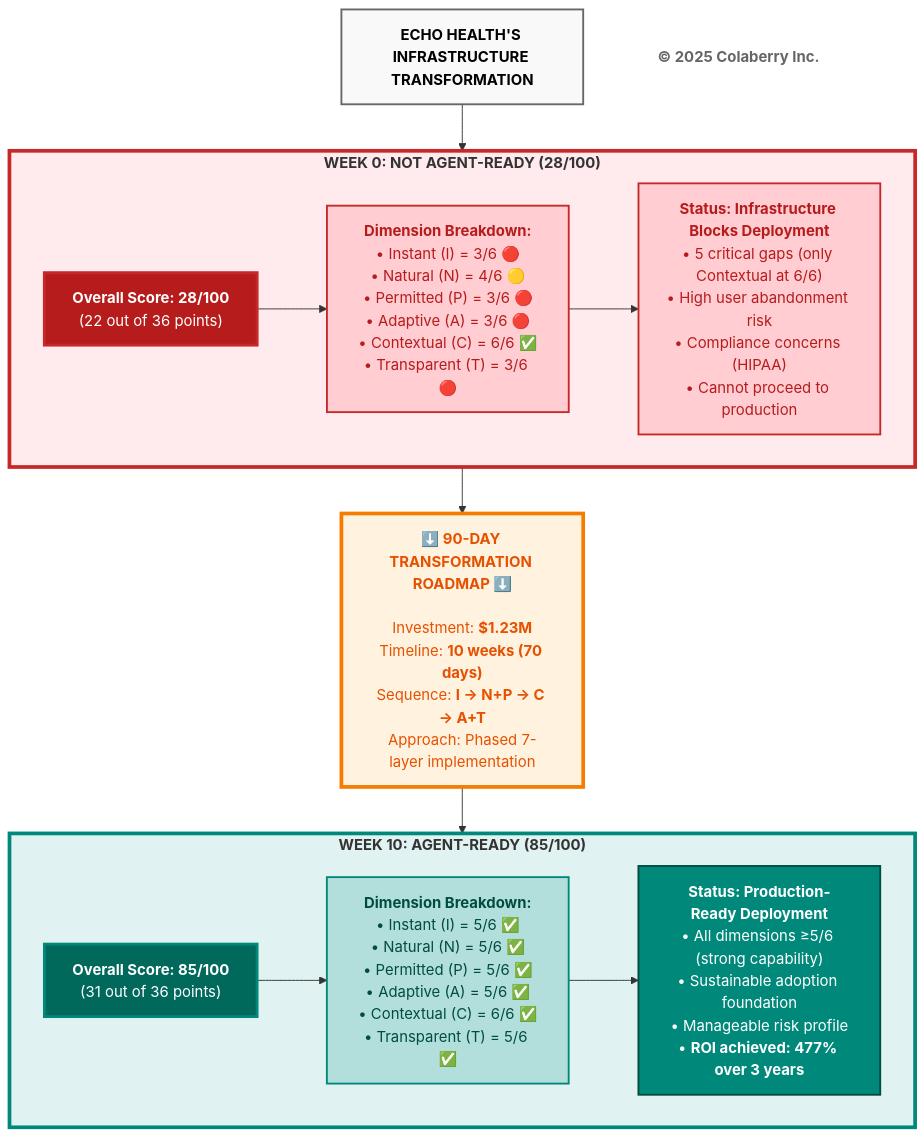
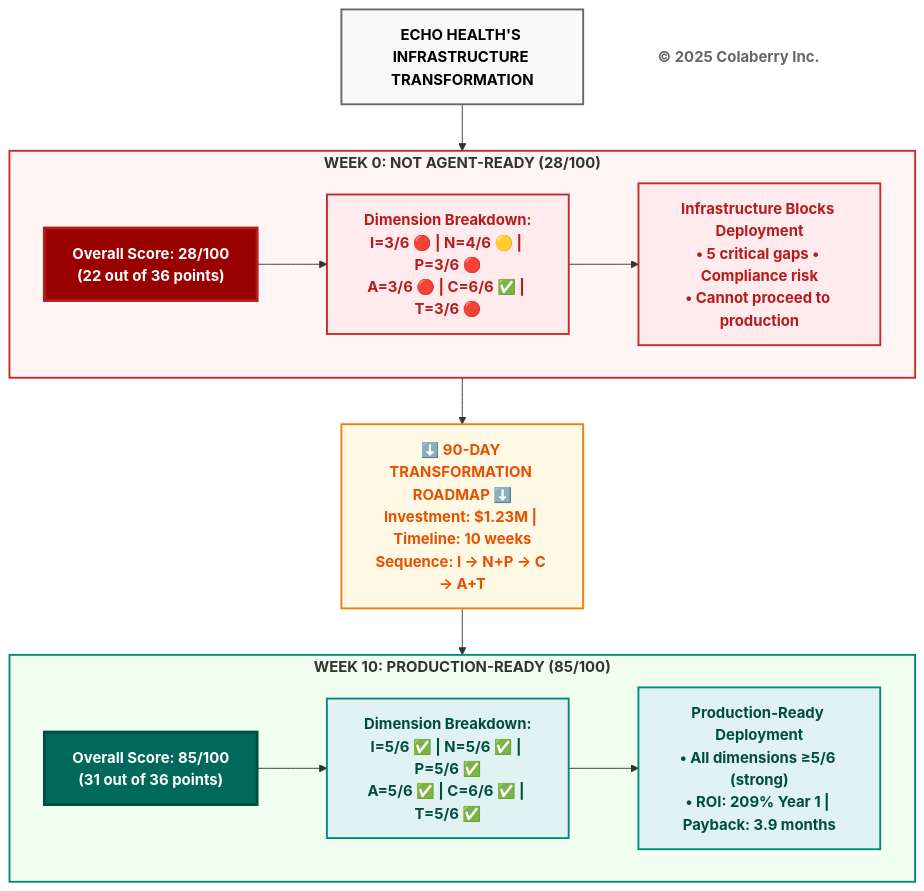
The third of 9 diagrams in manuscript/chapter_2_inpact_framework_v2_1.md (saitejesh-cyber/trust-before-intelligence-book), drawn with Mermaid before and after one commit. The commit also changed other lines of this file, not shown here.

Commit message:
updated diagrams
updated diagrams

````diff
--- a/manuscript/chapter_2_inpact_framework_v2_1.md
+++ b/manuscript/chapter_2_inpact_framework_v2_1.md
@@ -214,49 +207,50 @@
 ```mermaid
 graph TB
     TITLE["<b>ECHO HEALTH'S INFRASTRUCTURE TRANSFORMATION</b>"]
     
     TITLE --> BEFORE
     
     subgraph BEFORE["<b>WEEK 0: NOT AGENT-READY (28/100)</b>"]
-        B_SCORE["<b>Overall Score: 28/100</b><br/>(22 out of 36 points)"]
+        B_SCORE["<b>Overall Score: 28/100</b><br/><b>(22 out of 36 points)</b>"]
         
-        B_DIMS["<b>Dimension Breakdown:</b><br/>• Instant (I) = 3/6 🔴<br/>• Natural (N) = 4/6 🟡<br/>• Permitted (P) = 3/6 🔴<br/>• Adaptive (A) = 3/6 🔴<br/>• Contextual (C) = 6/6 ✅<br/>• Transparent (T) = 3/6 🔴"]
+        B_DIMS["<b>Dimension Breakdown:</b><br/><b>I=3/6 🔴 | N=4/6 🟡 | P=3/6 🔴</b><br/><b>A=3/6 🔴 | C=6/6 ✅ | T=3/6 🔴</b>"]
         
-        B_STATUS["<b>Status: Infrastructure Blocks Deployment</b><br/>• 5 critical gaps (only Contextual at 6/6)<br/>• High user abandonment risk<br/>• Compliance concerns (HIPAA)<br/>• Cannot proceed to production"]
+        B_STATUS["<b>Infrastructure Blocks Deployment</b><br/><b>• 5 critical gaps • Compliance risk</b><br/><b>• Cannot proceed to production</b>"]
         
         B_SCORE --> B_DIMS
         B_DIMS --> B_STATUS
     end
     
-    BEFORE --> TRANSFORM["<b>⬇️ 90-DAY TRANSFORMATION ROADMAP ⬇️</b><br/><br/>Investment: <b>$1.23M</b><br/>Timeline: <b>10 weeks (70 days)</b><br/>Sequence: <b>I → N+P → C → A+T</b><br/>Approach: Phased 7-layer implementation"]
+    BEFORE --> TRANSFORM["<b>⬇️ 90-DAY TRANSFORMATION ROADMAP ⬇️</b><br/><b>Investment: $1.23M | Timeline: 10 weeks</b><br/><b>Sequence: I → N+P → C → A+T</b>"]
     
     TRANSFORM --> AFTER
     
-    subgraph AFTER["<b>WEEK 10: AGENT-READY (85/100)</b>"]
-        A_SCORE["<b>Overall Score: 85/100</b><br/>(31 out of 36 points)"]
+    subgraph AFTER["<b>WEEK 10: PRODUCTION-READY (85/100)</b>"]
+        A_SCORE["<b>Overall Score: 85/100</b><br/><b>(31 out of 36 points)</b>"]
         
-        A_DIMS["<b>Dimension Breakdown:</b><br/>• Instant (I) = 5/6 ✅<br/>• Natural (N) = 5/6 ✅<br/>• Permitted (P) = 5/6 ✅<br/>• Adaptive (A) = 5/6 ✅<br/>• Contextual (C) = 6/6 ✅<br/>• Transparent (T) = 5/6 ✅"]
+        A_DIMS["<b>Dimension Breakdown:</b><br/><b>I=5/6 ✅ | N=5/6 ✅ | P=5/6 ✅</b><br/><b>A=5/6 ✅ | C=6/6 ✅ | T=5/6 ✅</b>"]
         
-        A_STATUS["<b>Status: Production-Ready Deployment</b><br/>• All dimensions ≥5/6 (strong capability)<br/>• Sustainable adoption foundation<br/>• Manageable risk profile<br/>• <b>ROI achieved: 477% over 3 years</b>"]
+        A_STATUS["<b>Production-Ready Deployment</b><br/><b>• All dimensions ≥5/6 (strong)</b><br/><b>• ROI: 209% Year 1 | Payback: 3.9 months</b>"]
         
         A_SCORE --> A_DIMS
         A_DIMS --> A_STATUS
     end
     
+    COPYRIGHT["<b>© 2025 Colaberry Inc.</b>"]
+    
     style TITLE fill:#f9f9f9,stroke:#666666,stroke-width:2px,color:#000000
     
-    style BEFORE fill:#ffebee,stroke:#c62828,stroke-width:4px
-    style B_SCORE fill:#b71c1c,color:#ffffff,stroke:#c62828,stroke-width:3px
-    style B_DIMS fill:#ffcdd2,stroke:#c62828,stroke-width:2px,color:#b71c1c
-    style B_STATUS fill:#ffcdd2,stroke:#c62828,stroke-width:2px,color:#b71c1c
+    style BEFORE fill:#fff5f5,stroke:#c62828,stroke-width:2px
+    style B_SCORE fill:#990000,color:#ffffff,stroke:#b71c1c,stroke-width:3px
+    style B_DIMS fill:#ffebee,stroke:#c62828,stroke-width:2px,color:#b71c1c
+    style B_STATUS fill:#ffebee,stroke:#c62828,stroke-width:2px,color:#b71c1c
     
-    style TRANSFORM fill:#fff3e0,stroke:#f57c00,stroke-width:4px,color:#e65100
+    style TRANSFORM fill:#fff9e6,stroke:#f57c00,stroke-width:2px,color:#e65100
     
-    style AFTER fill:#e0f2f1,stroke:#00897b,stroke-width:4px
-    style A_SCORE fill:#00695c,color:#ffffff,stroke:#00897b,stroke-width:3px
-    style A_DIMS fill:#b2dfdb,stroke:#00897b,stroke-width:2px,color:#004d40
-    style A_STATUS fill:#00897b,color:#ffffff,stroke:#004d40,stroke-width:2px
+    style AFTER fill:#f0fff0,stroke:#00897b,stroke-width:2px
+    style A_SCORE fill:#00695c,color:#ffffff,stroke:#004d40,stroke-width:3px
+    style A_DIMS fill:#e0f2f1,stroke:#00897b,stroke-width:2px,color:#004d40
+    style A_STATUS fill:#e0f2f1,stroke:#00897b,stroke-width:2px,color:#004d40
     
-    Copyright["<b>© 2025 Colaberry Inc.</b>"]
-    style Copyright fill:#ffffff,stroke:none,color:#666666
+    style COPYRIGHT fill:#ffffff,stroke:none,color:#666666
 ```
````
